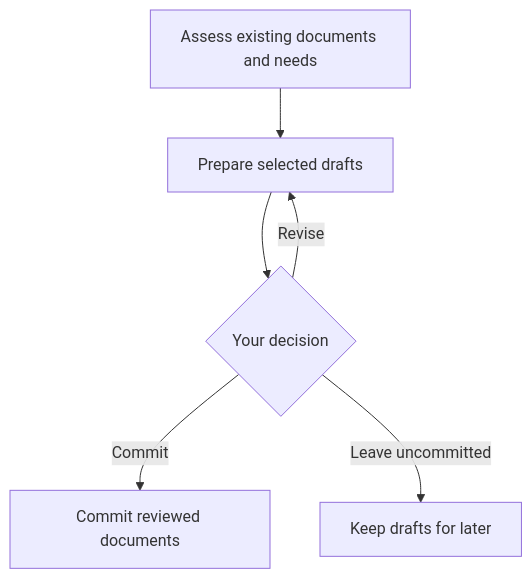
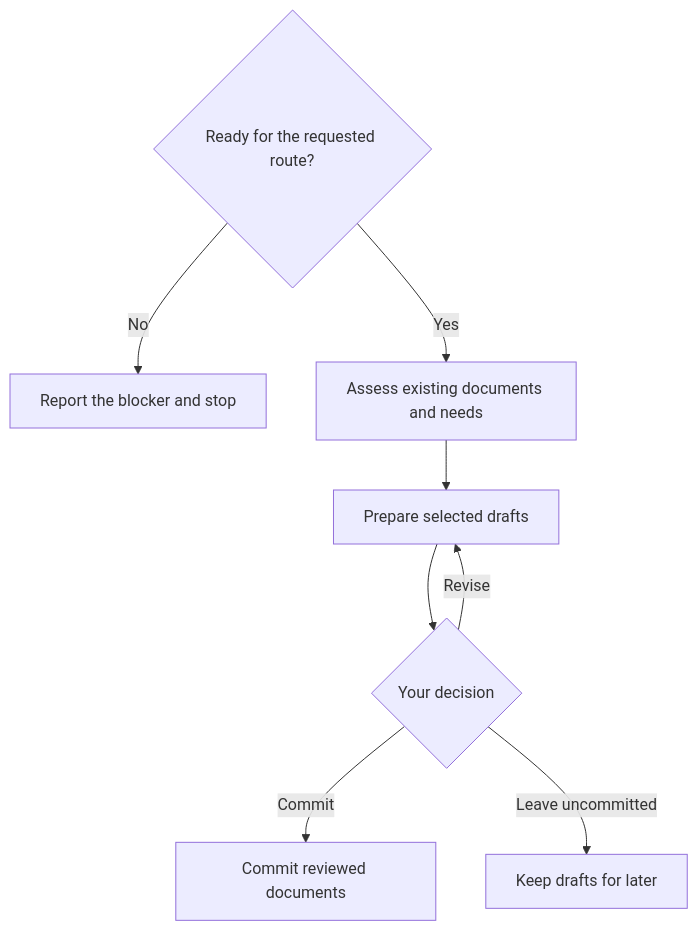
One commit to myowinthein/agent-helm changed the diagram in docs/commands/legal.md. Above: the diagram before and after it, drawn with Mermaid. The commit also changed other lines of this file and 45 other files, not shown here.

````diff
--- a/docs/commands/legal.md
+++ b/docs/commands/legal.md
@@ -17,8 +17,10 @@
 ```mermaid
 flowchart TD
+  Gate{"Ready for the requested route?"} -->|No| Stop["Report the blocker and stop"]
+  Gate -->|Yes| Assess
   Assess["Assess existing documents and needs"] --> Draft["Prepare selected drafts"]
   Draft --> Review{"Your decision"}
   Review -->|Revise| Draft
   Review -->|Commit| Save["Commit reviewed documents"]
   Review -->|Leave uncommitted| Keep["Keep drafts for later"]
 ```
````
